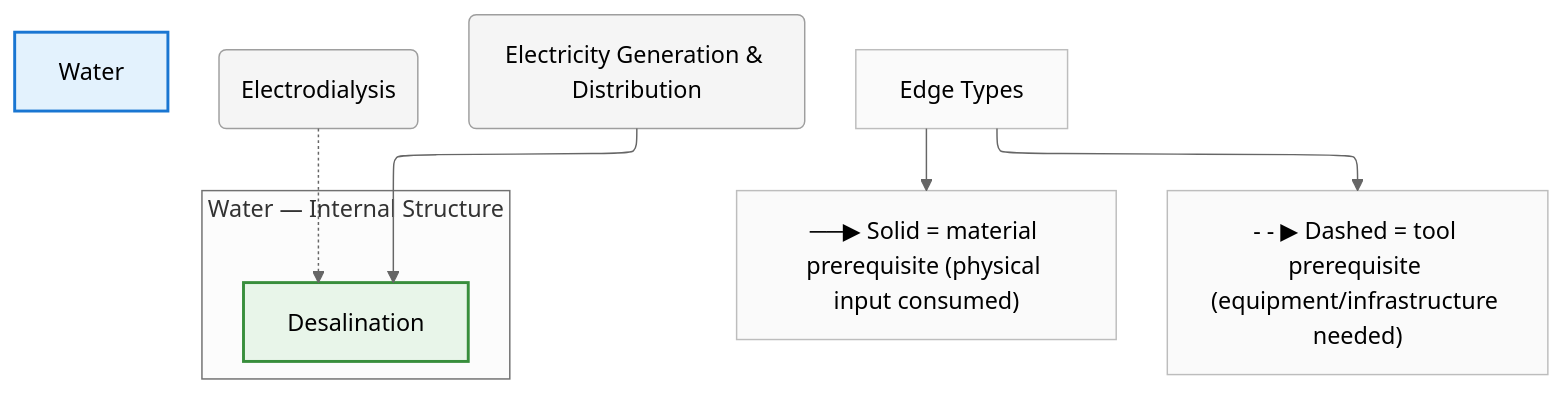
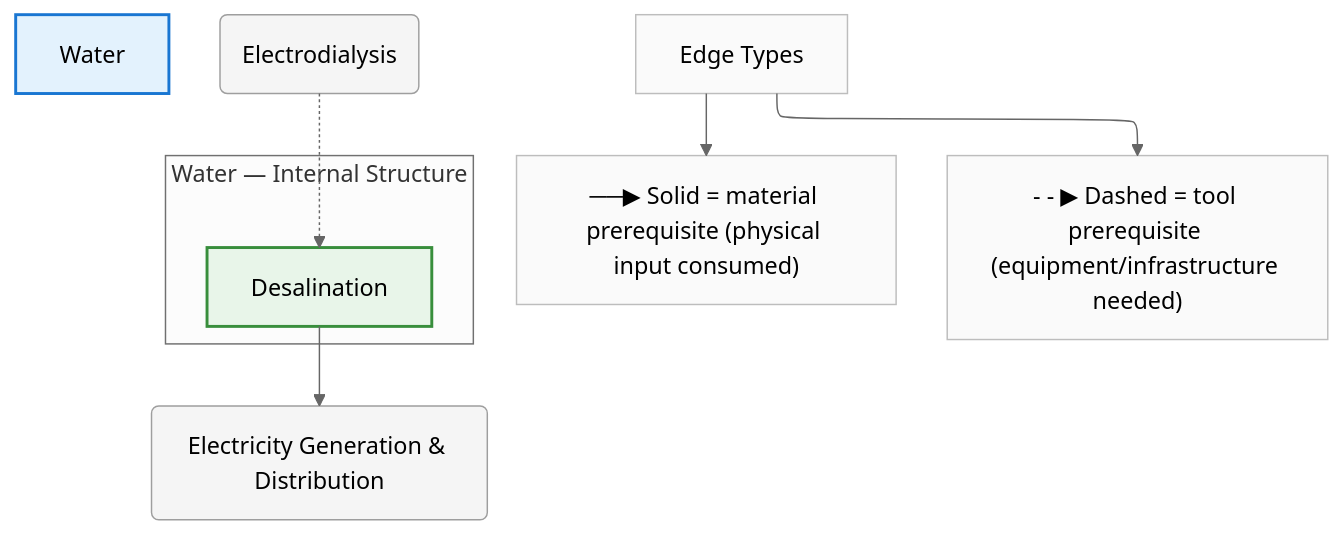
The diagram in diagrams/mermaid/water.mmd (egofree/TechTree), drawn with Mermaid (neutral theme) before and after one commit. The commit also changed 13 other files, not shown here.

First line of the commit message:
chore: regenerate diagrams after hyperlink changes

```diff
--- a/diagrams/mermaid/water.mmd
+++ b/diagrams/mermaid/water.mmd
@@ -1,40 +1,40 @@
 %%{init: {"flowchart": {"defaultRenderer": "elk", "htmlLabels": true}}}%%
 graph TD
     %% Domain: Water
 
     %% ==================== INTERNAL NODES ====================
     subgraph water_internal ["Water — Internal Structure"]
         direction TB
         water_desalination["Desalination"]
     end
 
     %% ==================== DOMAIN NODE ====================
     water["Water"]
 
     %% ==================== EXTERNAL DEPENDENCIES ====================
     chemistry_electrodialysis("Electrodialysis")
     energy_electricity("Electricity Generation & Distribution")
 
     %% ==================== EDGES ====================
-    energy_electricity --> water_desalination
+    water_desalination --> energy_electricity
     chemistry_electrodialysis -.-> water_desalination
 
     %% ==================== EDGE TYPE LEGEND ====================
     EdgeLegend["Edge Types"]
     EdgeLegend --> MatNote["──▶ Solid = material prerequisite (physical input consumed)"]
     EdgeLegend --> ToolNote["- - ▶ Dashed = tool prerequisite (equipment/infrastructure needed)"]
 
     %% ==================== STYLING ====================
     classDef domain fill:#e3f2fd,stroke:#1976d2,stroke-width:2px
     classDef capability fill:#e8f5e9,stroke:#388e3c,stroke-width:2px
     classDef process fill:#fff3e0,stroke:#f57c00,stroke-width:2px
     classDef critical fill:#fff3e0,stroke:#f57c00,stroke-width:3px
     classDef earlyWin fill:#e8f5e9,stroke:#388e3c,stroke-width:3px
     classDef pinnacle fill:#fce4ec,stroke:#c62828,stroke-width:3px
     classDef external fill:#f5f5f5,stroke:#9e9e9e,stroke-width:1px
     classDef legend fill:#fafafa,stroke:#bdbdbd,stroke-width:1px
     class water domain
     class water_desalination capability
     class chemistry_electrodialysis external
     class energy_electricity external
     class EdgeLegend,MatNote,ToolNote legend
```
